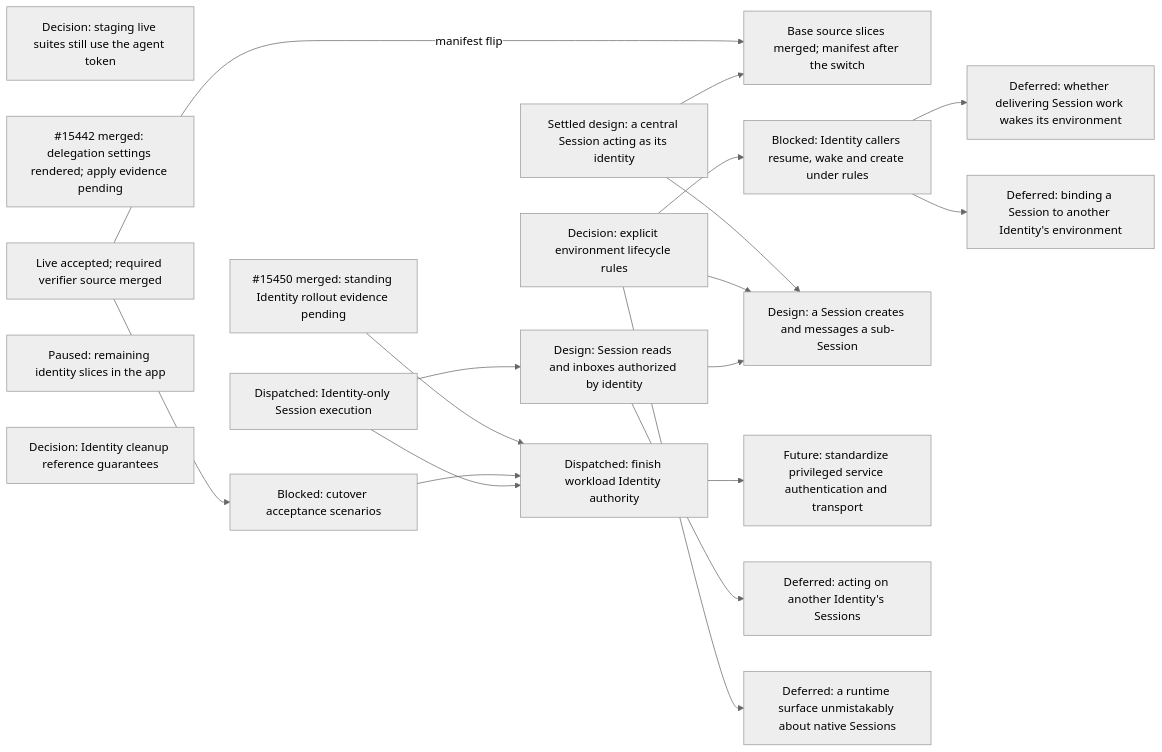
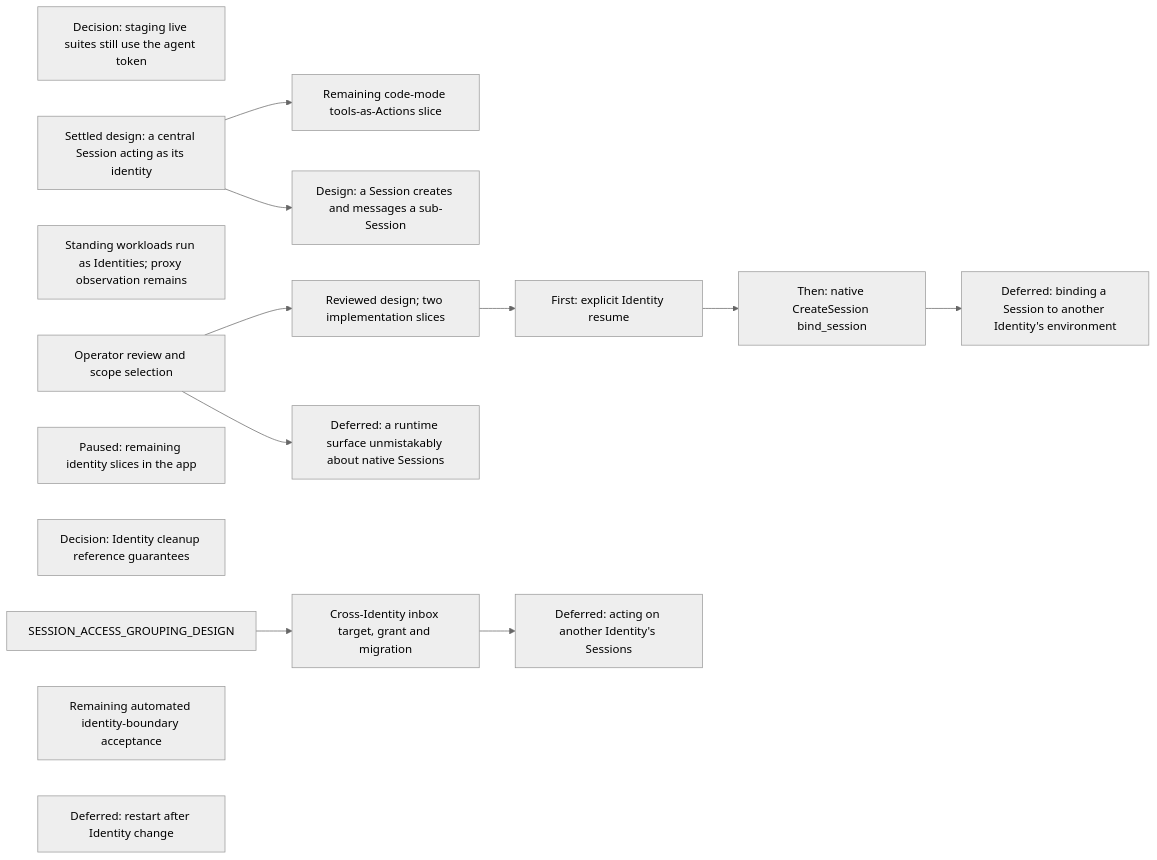
Before and after one commit to agentydragon/ducktape: diagram 16 of 18 in agentplane/plans/task_dag.md, drawn with Mermaid (neutral theme). The commit also changed other lines of this file and 6 other files, not shown here.

Commit message:
docs(agentplane): refresh identity cutover contract tracking

````diff
--- a/agentplane/plans/task_dag.md
+++ b/agentplane/plans/task_dag.md
@@ -3134,32 +3121,24 @@
 ```mermaid
 flowchart LR
     APP_AGENT_TOKEN_DECISION[Decision: staging live suites still use the agent token]
-    SERVICES_IDENTITY_PRINCIPAL[#15442 merged: delegation settings rendered; apply evidence pending]
     CENTRAL_SESSION_ACTING_DESIGN[Settled design: a central Session acting as its identity]
-    CENTRAL_SESSION_DELEGATED_ACTING[Base source slices merged; manifest after the switch]
+    CENTRAL_SESSION_DELEGATED_ACTING[Remaining code-mode tools-as-Actions slice]
     CENTRAL_SESSION_ACTING_DESIGN --> CENTRAL_SESSION_DELEGATED_ACTING
-    SANDBOX_IDENTITY_SPEC -->|manifest flip| CENTRAL_SESSION_DELEGATED_ACTING
-    STANDING_WORKLOAD_IDENTITY[#15450 merged: standing Identity rollout evidence pending]
-    ENVIRONMENT_RULE_TYPE_DESIGN[Decision: explicit environment lifecycle rules]
-    ENVIRONMENT_LIFECYCLE_RULES[Blocked: Identity callers resume, wake and create under rules]
+    STANDING_WORKLOAD_IDENTITY[Standing workloads run as Identities; proxy observation remains]
+    ENVIRONMENT_RULE_TYPE_DESIGN[Operator review and scope selection]
+    ENVIRONMENT_LIFECYCLE_RULES[Reviewed design; two implementation slices]
+    ENVIRONMENT_IDENTITY_RESUME[First: explicit Identity resume]
+    ENVIRONMENT_IDENTITY_BIND_SESSION[Then: native CreateSession bind_session]
     ENVIRONMENT_RULE_TYPE_DESIGN --> ENVIRONMENT_LIFECYCLE_RULES
+    ENVIRONMENT_LIFECYCLE_RULES --> ENVIRONMENT_IDENTITY_RESUME --> ENVIRONMENT_IDENTITY_BIND_SESSION
     APP_IDENTITIES_UI[Paused: remaining identity slices in the app]
     IDENTITY_CLEANUP_REFERENCE_DECISION[Decision: Identity cleanup reference guarantees]
-    SANDBOX_IDENTITY_SPEC[Live accepted; required verifier source merged]
-    SANDBOX_IDENTITY_SPEC --> IDENTITY_SYSTEM_TESTS[Blocked: cutover acceptance scenarios]
-    SESSION_SA_PRINCIPAL_REMOVAL[Dispatched: Identity-only Session execution]
-    SESSION_SA_PRINCIPAL_REMOVAL --> IDENTITY_CUTOVER
-    SESSION_SA_PRINCIPAL_REMOVAL --> SESSION_IDENTITY_AUTHZ
     SESSION_SUBAGENT_DELEGATION[Design: a Session creates and messages a sub-Session]
-    SESSION_IDENTITY_AUTHZ --> SESSION_SUBAGENT_DELEGATION
-    ENVIRONMENT_RULE_TYPE_DESIGN --> SESSION_SUBAGENT_DELEGATION
     CENTRAL_SESSION_ACTING_DESIGN --> SESSION_SUBAGENT_DELEGATION
-    IDENTITY_SYSTEM_TESTS --> IDENTITY_CUTOVER[Dispatched: finish workload Identity authority]
-    STANDING_WORKLOAD_IDENTITY --> IDENTITY_CUTOVER
-    IDENTITY_CUTOVER --> PRIVILEGED_BACKEND_AUTH_DESIGN[Future: standardize privileged service authentication and transport]
-    SESSION_IDENTITY_AUTHZ[Design: Session reads and inboxes authorized by identity]
+    SESSION_ACCESS_GROUPING_DESIGN --> SESSION_IDENTITY_AUTHZ[Cross-Identity inbox target, grant and migration]
     SESSION_IDENTITY_AUTHZ --> SESSION_CROSS_IDENTITY_AUTHORITY[Deferred: acting on another Identity's Sessions]
     ENVIRONMENT_RULE_TYPE_DESIGN --> ENVIRONMENT_RUNTIME_NATIVE_SURFACE[Deferred: a runtime surface unmistakably about native Sessions]
-    ENVIRONMENT_LIFECYCLE_RULES --> WAKE_ON_DELIVERY_DESIGN[Deferred: whether delivering Session work wakes its environment]
-    ENVIRONMENT_LIFECYCLE_RULES --> CROSS_IDENTITY_SESSION_BINDING[Deferred: binding a Session to another Identity's environment]
+    ENVIRONMENT_IDENTITY_BIND_SESSION --> CROSS_IDENTITY_SESSION_BINDING[Deferred: binding a Session to another Identity's environment]
+    IDENTITY_SYSTEM_TESTS[Remaining automated identity-boundary acceptance]
+    SANDBOX_IDENTITY_CHANGE_CHECKPOINT[Deferred: restart after Identity change]
 ```
````
